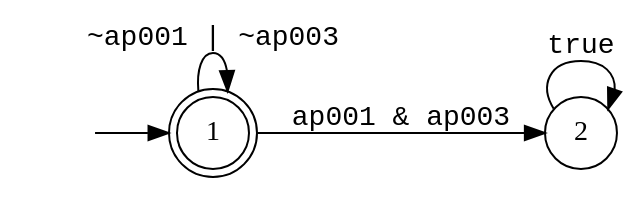
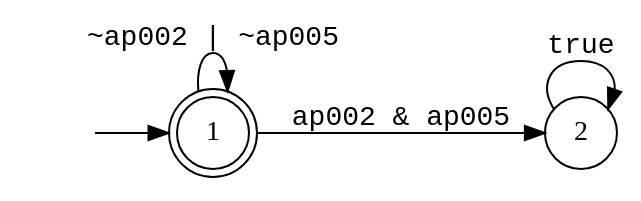
One commit to cais-psu/cais-spade-llm changed the diagram in cais_spade_llm/safety/SAFE_1_dfa.dot. Above: the diagram before and after it, drawn with Graphviz. The commit also changed 21 other files, not shown here.

```diff
--- a/cais_spade_llm/safety/SAFE_1_dfa.dot
+++ b/cais_spade_llm/safety/SAFE_1_dfa.dot
@@ -1,14 +1,14 @@
 digraph MONA_DFA {
  rankdir = LR;
  center = true;
  size = "7.5,10.5";
  edge [fontname = Courier];
  node [height = .5, width = .5];
  node [shape = doublecircle]; 1;
  node [shape = circle]; 1;
  init [shape = plaintext, label = ""];
  init -> 1;
- 1 -> 1 [label="~ap001 | ~ap003"];
- 1 -> 2 [label="ap001 & ap003"];
+ 1 -> 1 [label="~ap002 | ~ap005"];
+ 1 -> 2 [label="ap002 & ap005"];
  2 -> 2 [label="true"];
 }
```
